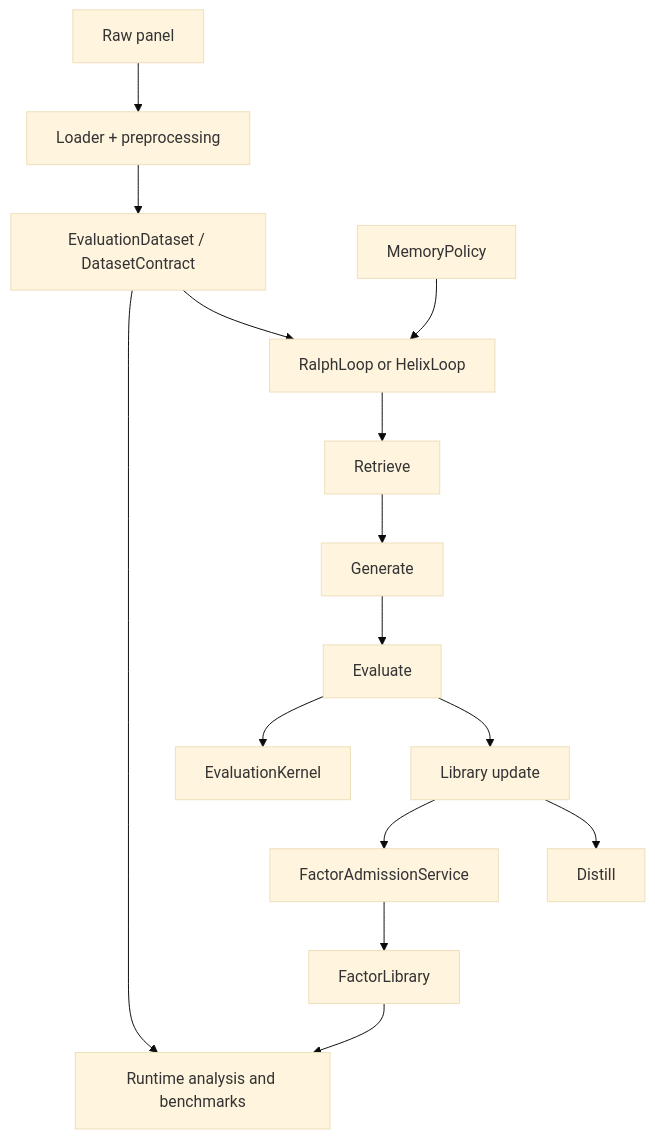
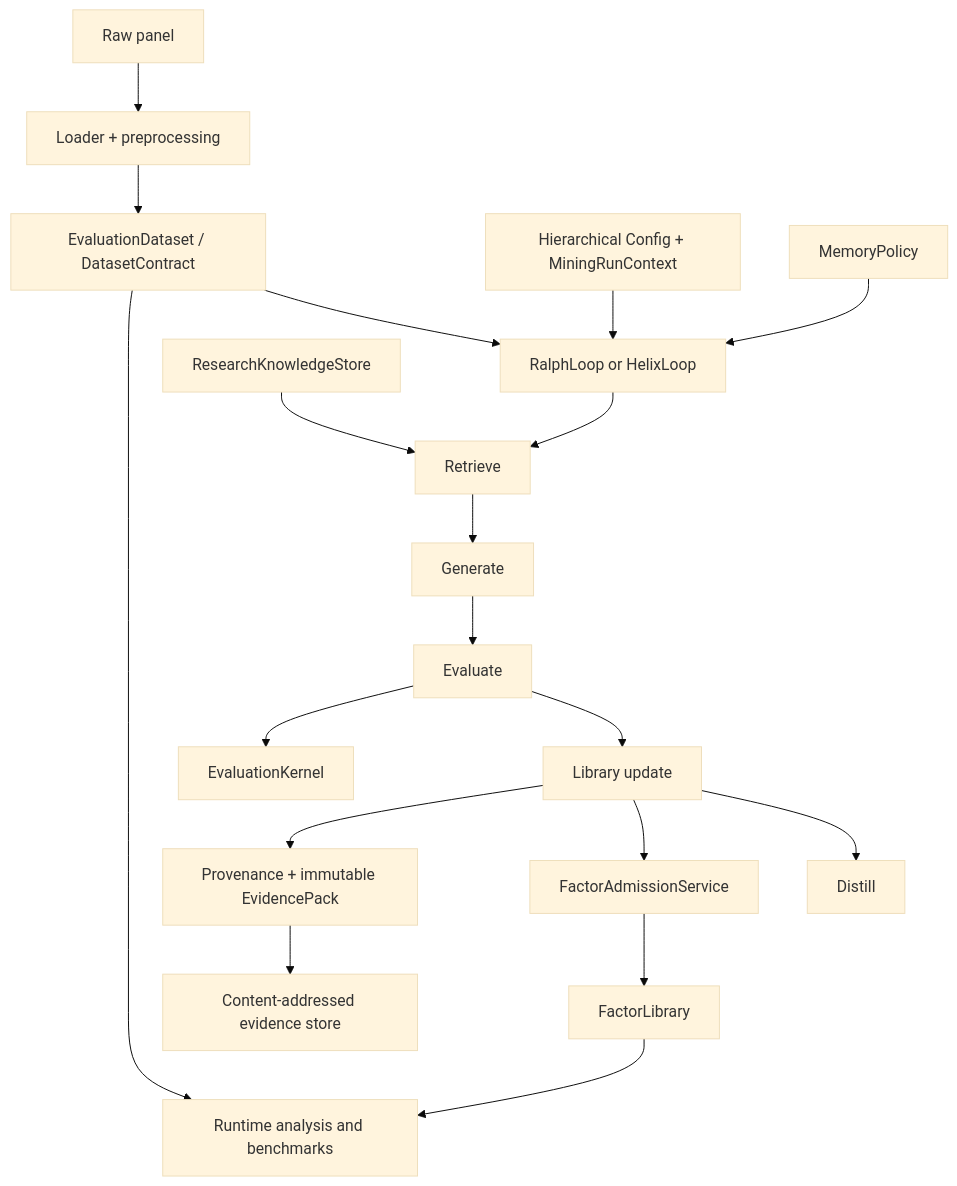
One commit to minihellboy/factorminer changed the diagram in docs/architecture.md. Above: the diagram before and after it, drawn with Mermaid (base theme). The commit also changed other lines of this file and 90 other files, not shown here.

First line of the commit message:
refactor: establish layered architecture and verifiable evidence

````diff
--- a/docs/architecture.md
+++ b/docs/architecture.md
@@ -11,17 +11,21 @@
 ```mermaid
 flowchart TD
     A["Raw panel"] --> B["Loader + preprocessing"]
     B --> C["EvaluationDataset / DatasetContract"]
     C --> D["RalphLoop or HelixLoop"]
+    Q["Hierarchical Config + MiningRunContext"] --> D
     M["MemoryPolicy"] --> D
+    K["ResearchKnowledgeStore"] --> R
     D --> R["Retrieve"]
     R --> G["Generate"]
     G --> E["Evaluate"]
     E --> U["Library update"]
     U --> S["Distill"]
-    E --> K["EvaluationKernel"]
+    E --> EK["EvaluationKernel"]
     U --> L["FactorAdmissionService"]
     L --> F["FactorLibrary"]
     F --> X["Runtime analysis and benchmarks"]
+    U --> P["Provenance + immutable EvidencePack"]
+    P --> ES["Content-addressed evidence store"]
     C --> X
 ```
````
